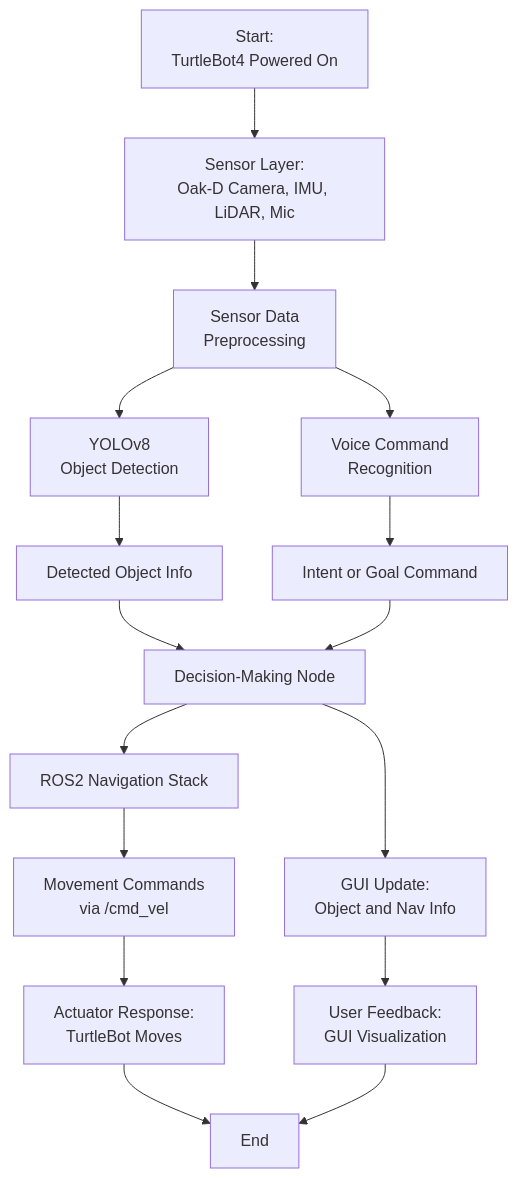
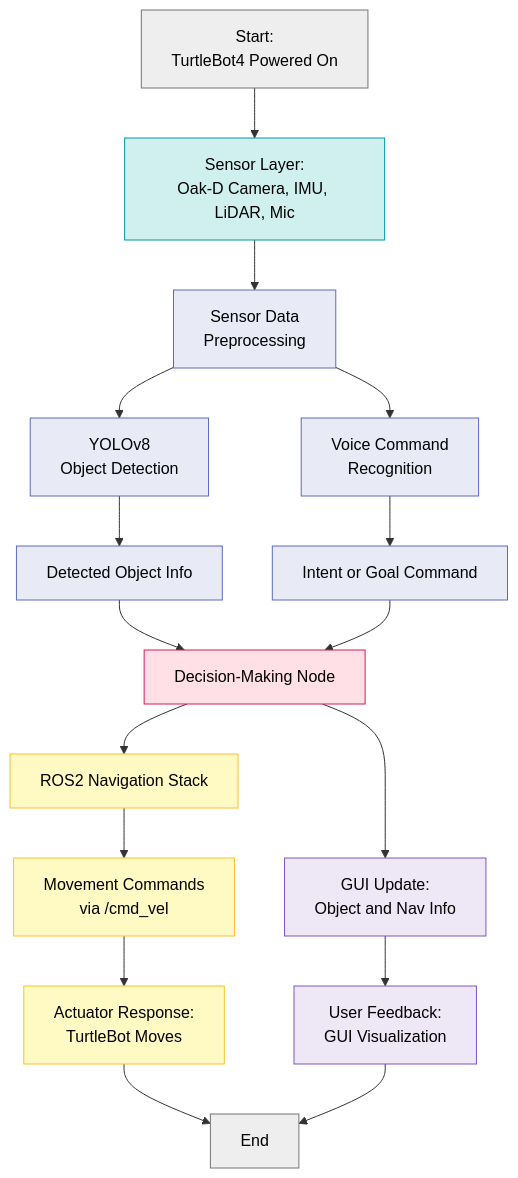
One commit to RAS598-2025-S-Team11/RAS598-2025-S-Team11.github.io changed the second of 5 diagrams in docs/charts.md. Above: the diagram before and after it, drawn with Mermaid.

````diff
--- a/docs/charts.md
+++ b/docs/charts.md
@@ -49,25 +49,40 @@
 ```mermaid
 graph TD
   A["Start:<br/>TurtleBot4 Powered On"]
   B["Sensor Layer:<br/>Oak-D Camera, IMU, LiDAR, Mic"]
   C["Sensor Data<br/>Preprocessing"]
   D1["YOLOv8<br/>Object Detection"]
   D2["Voice Command<br/>Recognition"]
   E["Detected Object Info"]
   F["Intent or Goal Command"]
   G["Decision-Making Node"]
   H["ROS2 Navigation Stack"]
   I["Movement Commands<br/>via /cmd_vel"]
   J["GUI Update:<br/>Object and Nav Info"]
   K["Actuator Response:<br/>TurtleBot Moves"]
   L["User Feedback:<br/>GUI Visualization"]
   M["End"]
 
   A --> B --> C
   C --> D1 --> E
   C --> D2 --> F
   E --> G
   F --> G
   G --> H --> I --> K --> M
   G --> J --> L --> M
+
+  classDef sensors fill:#d0f0ef,stroke:#0097a7,color:#000
+  classDef perception fill:#e8eaf6,stroke:#5c6bc0,color:#000
+  classDef decision fill:#ffe0e6,stroke:#d81b60,color:#000
+  classDef control fill:#fff9c4,stroke:#fbc02d,color:#000
+  classDef gui fill:#ede7f6,stroke:#7e57c2,color:#000
+  classDef startend fill:#eeeeee,stroke:#757575,color:#000
+
+  class A,M startend
+  class B sensors
+  class C,D1,D2,E,F perception
+  class G decision
+  class H,I,K control
+  class J,L gui
+
 ```
````
